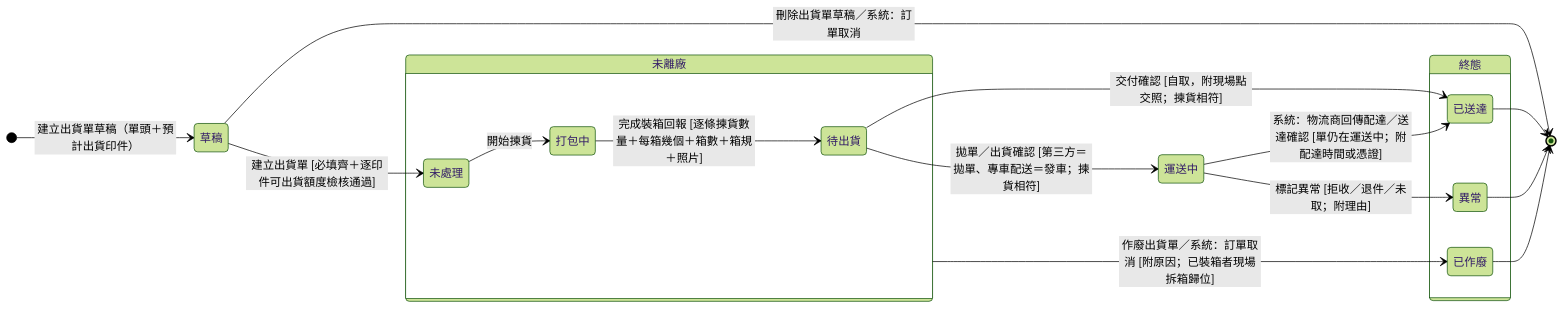
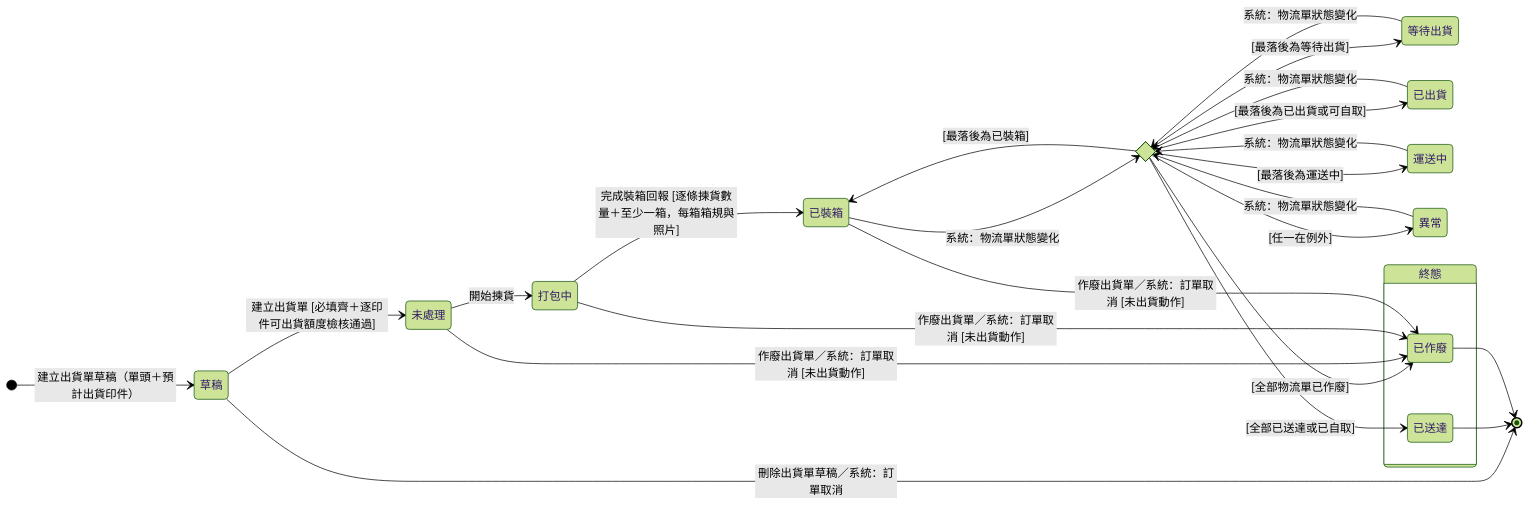
Before and after one commit to Kawato-Miles/erp-spec: the diagram in memory/Sens_wiki/wiki/erp/06-state-machines/出貨單狀態.md, drawn with Mermaid (forest theme). The commit also changed other lines of this file and 29 other files, not shown here.

````diff
--- a/memory/Sens_wiki/wiki/erp/06-state-machines/出貨單狀態.md
+++ b/memory/Sens_wiki/wiki/erp/06-state-machines/出貨單狀態.md
@@ -47,38 +61,49 @@
 ```mermaid
 stateDiagram-v2
     direction LR
 
     state "草稿" as s_draft
+    state "未處理" as s_pending
+    state "打包中" as s_packing
+    state "已裝箱" as s_packed
+    state "等待出貨" as s_waiting
+    state "已出貨" as s_shipped
+    state "運送中" as s_transit
+    state "異常" as s_exception
 
     [*] --> s_draft : 建立出貨單草稿（單頭＋預計出貨印件）
-
-    state "未離廠" as OnSite {
-        direction LR
-        state "未處理" as s_pending
-        state "打包中" as s_packing
-        state "待出貨" as s_packed
-        s_pending --> s_packing : 開始揀貨
-        s_packing --> s_packed : 完成裝箱回報 [逐條揀貨數量＋每箱幾個＋箱數＋箱規＋照片]
-    }
-
-    state "運送中" as s_shipping
 
     state "終態" as Final {
         direction LR
         state "已送達" as s_arrived
-        state "異常" as s_failed
         state "已作廢" as s_void
     }
 
+    state recalc <<choice>>
+
     s_draft --> s_pending : 建立出貨單 [必填齊＋逐印件可出貨額度檢核通過]
     s_draft --> [*] : 刪除出貨單草稿／系統：訂單取消
-    s_packed --> s_shipping : 拋單／出貨確認 [第三方＝拋單、專車配送＝發車；揀貨相符]
-    s_packed --> s_arrived : 交付確認 [自取，附現場點交照；揀貨相符]
-    s_shipping --> s_arrived : 系統：物流商回傳配達／送達確認 [單仍在運送中；附配達時間或憑證]
-    s_shipping --> s_failed : 標記異常 [拒收／退件／未取；附理由]
-    OnSite --> s_void : 作廢出貨單／系統：訂單取消 [附原因；已裝箱者現場拆箱歸位]
+    s_pending --> s_packing : 開始揀貨
+    s_packing --> s_packed : 完成裝箱回報 [逐條揀貨數量＋至少一箱，每箱箱規與照片]
+
+    s_packed --> recalc : 系統：物流單狀態變化
+    s_waiting --> recalc : 系統：物流單狀態變化
+    s_shipped --> recalc : 系統：物流單狀態變化
+    s_transit --> recalc : 系統：物流單狀態變化
+    s_exception --> recalc : 系統：物流單狀態變化
+
+    recalc --> s_packed : [最落後為已裝箱]
+    recalc --> s_waiting : [最落後為等待出貨]
+    recalc --> s_shipped : [最落後為已出貨或可自取]
+    recalc --> s_transit : [最落後為運送中]
+    recalc --> s_exception : [任一在例外]
+    recalc --> s_arrived : [全部已送達或已自取]
+    recalc --> s_void : [全部物流單已作廢]
+
+    s_pending --> s_void : 作廢出貨單／系統：訂單取消 [未出貨動作]
+    s_packing --> s_void : 作廢出貨單／系統：訂單取消 [未出貨動作]
+    s_packed --> s_void : 作廢出貨單／系統：訂單取消 [未出貨動作]
 
     s_arrived --> [*]
-    s_failed --> [*]
     s_void --> [*]
 ```
````
